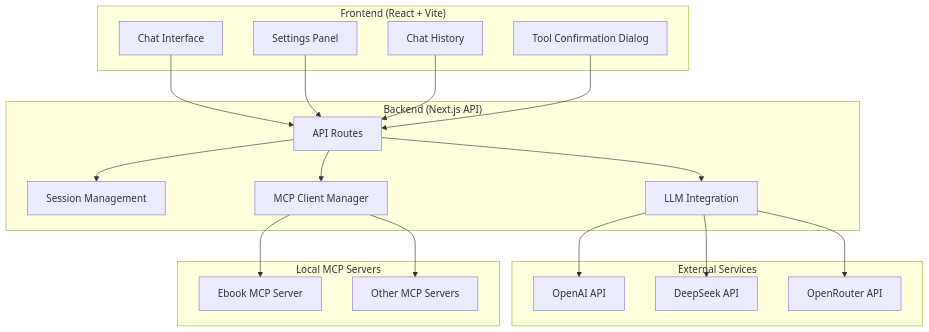
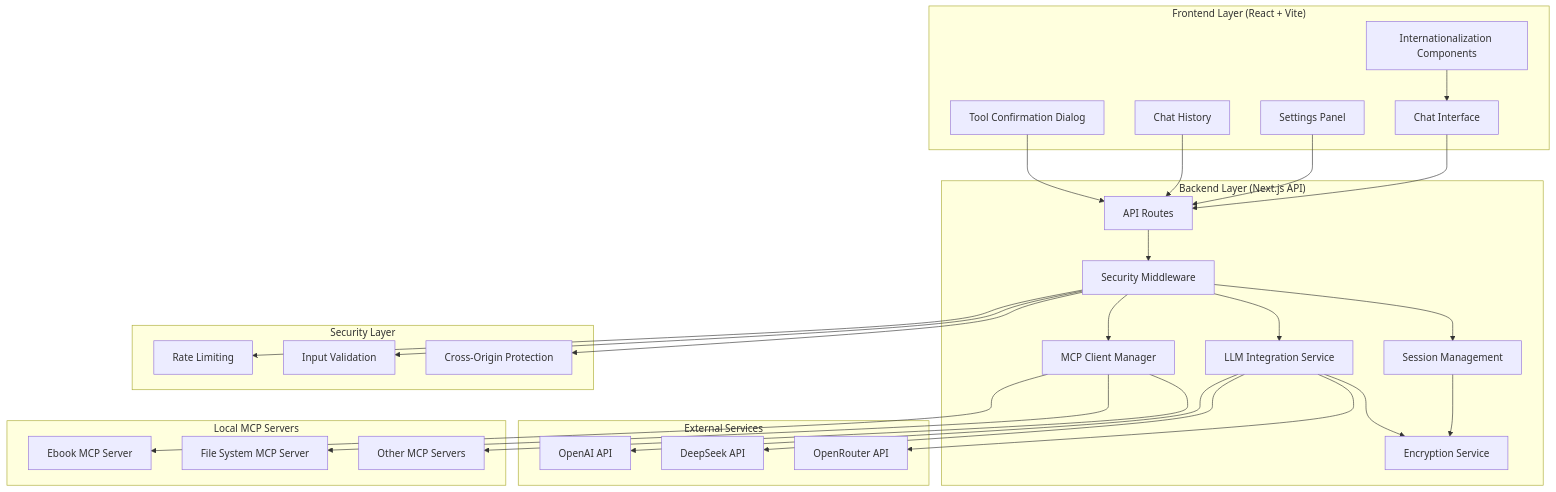
The diagram in .kiro/specs/mcp-chat-ui/design.md (qinwenshi/ebook-mcp), drawn with Mermaid before and after one commit. The commit also changed other lines of this file and 244 other files, not shown here.

````diff
--- a/.kiro/specs/mcp-chat-ui/design.md
+++ b/.kiro/specs/mcp-chat-ui/design.md
@@ -13,43 +28,62 @@
 ```mermaid
 graph TB
-    subgraph "Frontend (React + Vite)"
+    subgraph "Frontend Layer (React + Vite)"
         UI[Chat Interface]
         Settings[Settings Panel]
         History[Chat History]
         Confirm[Tool Confirmation Dialog]
+        I18n[Internationalization Components]
     end
     
-    subgraph "Backend (Next.js API)"
+    subgraph "Backend Layer (Next.js API)"
         API[API Routes]
         Session[Session Management]
-        LLM[LLM Integration]
+        LLM[LLM Integration Service]
         MCP[MCP Client Manager]
+        Security[Security Middleware]
+        Encryption[Encryption Service]
     end
     
     subgraph "External Services"
         OpenAI[OpenAI API]
         DeepSeek[DeepSeek API]
         OpenRouter[OpenRouter API]
     end
     
     subgraph "Local MCP Servers"
         EbookMCP[Ebook MCP Server]
+        FileMCP[File System MCP Server]
         OtherMCP[Other MCP Servers]
+    end
+    
+    subgraph "Security Layer"
+        RateLimit[Rate Limiting]
+        Validation[Input Validation]
+        CORS[Cross-Origin Protection]
     end
     
     UI --> API
     Settings --> API
     History --> API
     Confirm --> API
+    I18n --> UI
     
-    API --> Session
-    API --> LLM
-    API --> MCP
+    API --> Security
+    Security --> Session
+    Security --> LLM
+    Security --> MCP
+    Security --> RateLimit
+    Security --> Validation
+    Security --> CORS
+    
+    Session --> Encryption
+    LLM --> Encryption
     
     LLM --> OpenAI
     LLM --> DeepSeek
     LLM --> OpenRouter
     
     MCP --> EbookMCP
+    MCP --> FileMCP
     MCP --> OtherMCP
 ```
````
